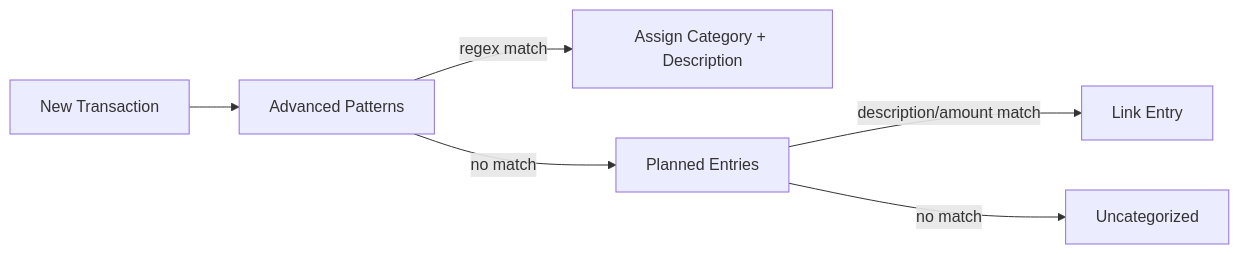
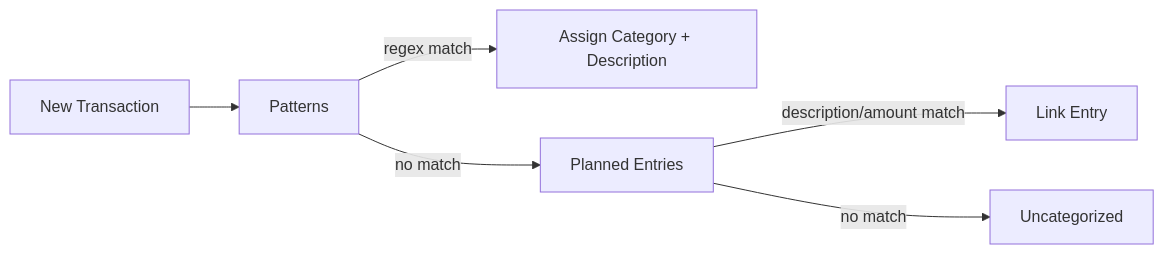
The third of 3 diagrams in docs/architecture.md (lucastamoios/celeiro), drawn with Mermaid before and after one commit. The commit also changed other lines of this file and 7 other files, not shown here.

````diff
--- a/docs/architecture.md
+++ b/docs/architecture.md
@@ -116,8 +116,8 @@
 ```mermaid
 flowchart LR
-    TX[New Transaction] --> AP[Advanced Patterns]
+    TX[New Transaction] --> AP[Patterns]
     AP -->|regex match| CAT[Assign Category + Description]
     AP -->|no match| PE[Planned Entries]
     PE -->|description/amount match| LINK[Link Entry]
     PE -->|no match| UC[Uncategorized]
 ```
````
